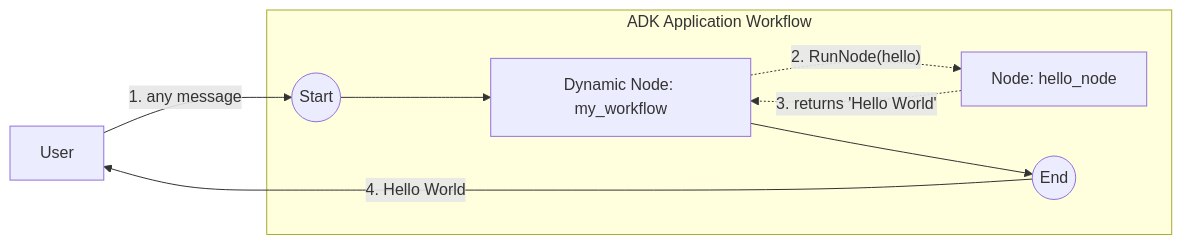
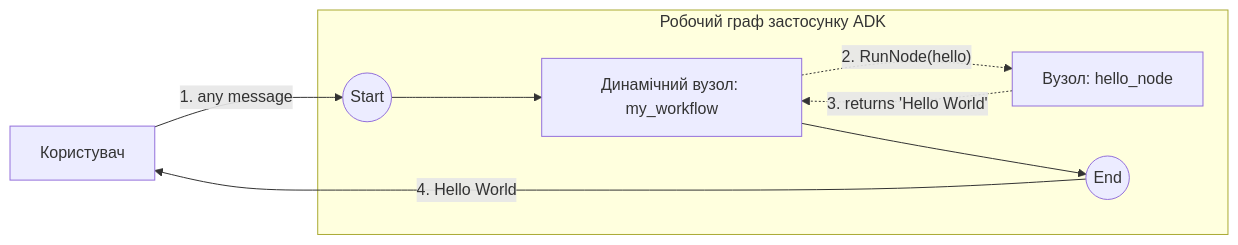
Before and after one commit to EugeneZaharchenko/ai-ae-labs: the diagram in demo/4_adk_examples/dynamic/basic/README.md, drawn with Mermaid. The commit also changed other lines of this file and 23 other files, not shown here.

````diff
--- a/demo/4_adk_examples/dynamic/basic/README.md
+++ b/demo/4_adk_examples/dynamic/basic/README.md
@@ -14,12 +14,12 @@
 ```mermaid
 graph LR
-    User[User]
-    subgraph "ADK Application Workflow"
-        Start((Start)) --> D[Dynamic Node: my_workflow]
-        D -.->|"2. RunNode(hello)"| C[Node: hello_node]
+    User[Користувач]
+    subgraph "Робочий граф застосунку ADK"
+        Start((Start)) --> D[Динамічний вузол: my_workflow]
+        D -.->|"2. RunNode(hello)"| C[Вузол: hello_node]
         C -.->|"3. returns 'Hello World'"| D
         D --> End((End))
     end
     User -- "1. any message" --> Start
     End -- "4. Hello World" --> User
 ```
````
